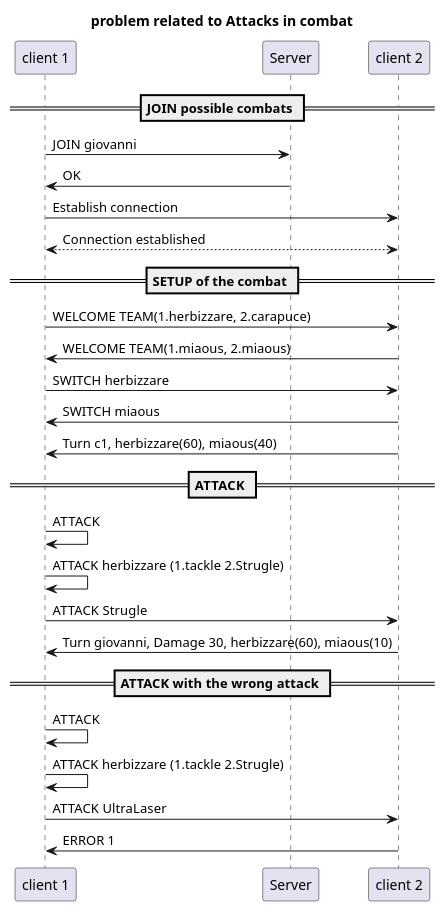
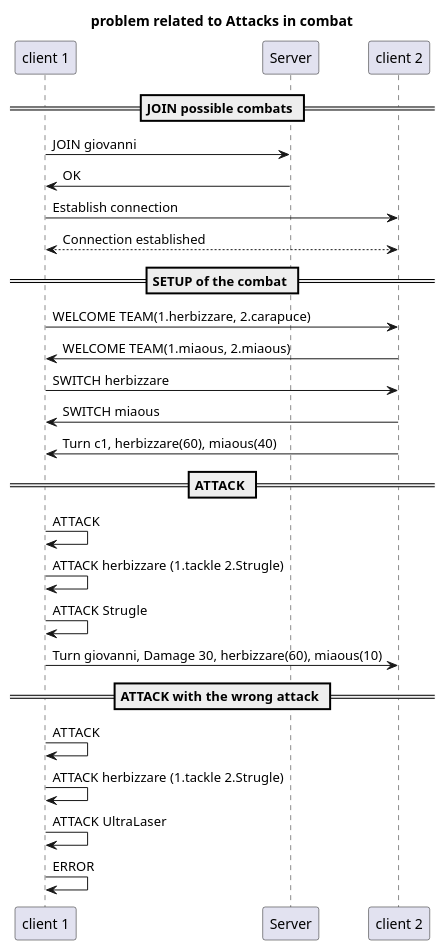
Before and after one commit to Dansnts/DAI-Labo02: the diagram in PocketMonster/Protocole/AttackCombatProblem.plantuml, drawn with PlantUML. The commit also changed 6 other files, not shown here.

Commit message:
changes to the returned ERROR and the way turn works

```diff
--- a/PocketMonster/Protocole/AttackCombatProblem.plantuml
+++ b/PocketMonster/Protocole/AttackCombatProblem.plantuml
@@ -1,32 +1,32 @@
 @startuml AttackCombatProblem
 title "problem related to Attacks in combat"
 participant "client 1" as c1
 participant "Server" as s
 participant "client 2" as giovanni
 == JOIN possible combats ==
 
 c1->s: JOIN giovanni
 s->c1: OK
 
 c1->giovanni: Establish connection
 c1<-->giovanni: Connection established
 
 == SETUP of the combat ==
 c1->giovanni: WELCOME TEAM(1.herbizzare, 2.carapuce)
 giovanni->c1: WELCOME TEAM(1.miaous, 2.miaous)
 c1->giovanni: SWITCH herbizzare
 giovanni->c1: SWITCH miaous
 giovanni->c1: Turn c1, herbizzare(60), miaous(40)
 
 == ATTACK ==
 c1->c1: ATTACK
 c1->c1: ATTACK herbizzare (1.tackle 2.Strugle)
-c1->giovanni: ATTACK Strugle
-giovanni->c1: Turn giovanni, Damage 30, herbizzare(60), miaous(10)
+c1->c1: ATTACK Strugle
+c1->giovanni: Turn giovanni, Damage 30, herbizzare(60), miaous(10)
 
 == ATTACK with the wrong attack ==
 c1->c1: ATTACK
 c1->c1: ATTACK herbizzare (1.tackle 2.Strugle)
-c1->giovanni: ATTACK UltraLaser
-giovanni->c1: ERROR 1
+c1->c1: ATTACK UltraLaser
+c1->c1: ERROR
 @enduml
```
